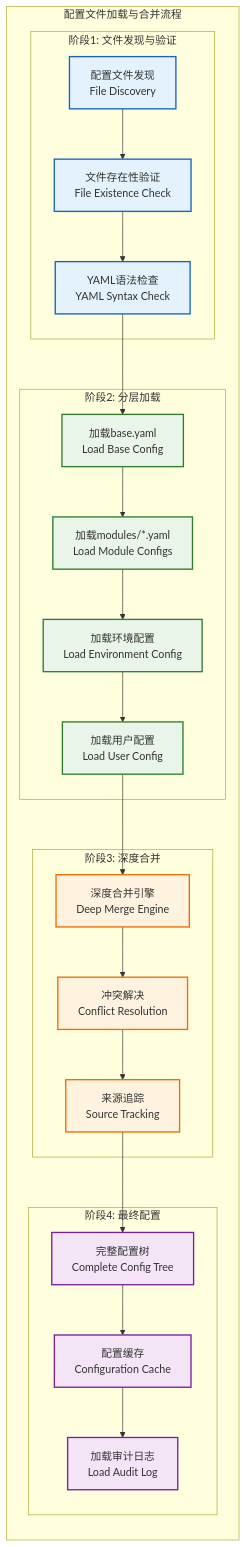
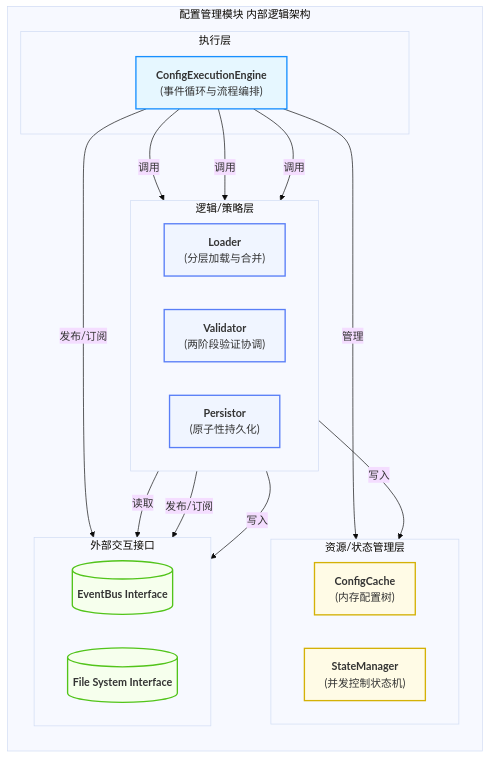
Before and after one commit to wendizhou99-cell/Radar: the second of 8 diagrams in docs/01_项目设计/02_模块设计/06_配置管理模块设计.md, drawn with Mermaid. The commit also changed other lines of this file and 26 other files, not shown here.

First line of the commit message:
docs: 完成数据架构文档系列重构和Mermaid可视化指南增强

````diff
--- a/docs/01_项目设计/02_模块设计/06_配置管理模块设计.md
+++ b/docs/01_项目设计/02_模块设计/06_配置管理模块设计.md
@@ -255,58 +107,66 @@
 ```mermaid
-flowchart TB
-    subgraph "配置文件加载与合并流程"
+---
+  config:
+    theme: base
+    flowchart:
+      curve: basis
+---
+graph TD
+    %% --- 图例 (上下文颜色语义) ---
+    %% 执行层 (浅蓝): 模块的核心驱动与事件循环。
+    %% 逻辑/策略层 (淡紫): 实现具体配置管理逻辑的组件。
+    %% 资源/状态管理层 (浅黄): 负责配置数据的存储与状态管理。
+    %% 外部交互 (浅绿): 与文件系统和事件总线的接口。
+
+    subgraph "配置管理模块 内部逻辑架构"
         direction TB
 
-        subgraph "阶段1: 文件发现与验证"
-            DISCOVER[配置文件发现<br/>File Discovery]
-            VALIDATE_FILES[文件存在性验证<br/>File Existence Check]
-            SYNTAX_CHECK[YAML语法检查<br/>YAML Syntax Check]
+        subgraph "执行层"
+            EXEC_ENGINE["<b>ConfigExecutionEngine</b><br/>(事件循环与流程编排)"]
         end
 
-        subgraph "阶段2: 分层加载"
-            LOAD_BASE[加载base.yaml<br/>Load Base Config]
-            LOAD_MODULES[加载modules/*.yaml<br/>Load Module Configs]
-            LOAD_ENV[加载环境配置<br/>Load Environment Config]
-            LOAD_USER[加载用户配置<br/>Load User Config]
+        subgraph "逻辑/策略层"
+            direction LR
+            LOADER["<b>Loader</b><br/>(分层加载与合并)"]
+            VALIDATOR["<b>Validator</b><br/>(两阶段验证协调)"]
+            PERSISTOR["<b>Persistor</b><br/>(原子性持久化)"]
         end
 
-        subgraph "阶段3: 深度合并"
-            MERGE_ENGINE[深度合并引擎<br/>Deep Merge Engine]
-            CONFLICT_RESOLUTION[冲突解决<br/>Conflict Resolution]
-            SOURCE_TRACKING[来源追踪<br/>Source Tracking]
+        subgraph "资源/状态管理层"
+            direction LR
+            CACHE["<b>ConfigCache</b><br/>(内存配置树)"]
+            STATE_MACHINE["<b>StateManager</b><br/>(并发控制状态机)"]
         end
 
-        subgraph "阶段4: 最终配置"
-            CONFIG_TREE[完整配置树<br/>Complete Config Tree]
-            CONFIG_CACHE[配置缓存<br/>Configuration Cache]
-            AUDIT_LOG[加载审计日志<br/>Load Audit Log]
+        subgraph "外部交互接口"
+            direction LR
+            EVENT_BUS[("<b>EventBus Interface</b>")]
+            FILESYSTEM[("<b>File System Interface</b>")]
         end
-
-        %% 流程连接
-        DISCOVER --> VALIDATE_FILES
-        VALIDATE_FILES --> SYNTAX_CHECK
-        SYNTAX_CHECK --> LOAD_BASE
-
-        LOAD_BASE --> LOAD_MODULES
-        LOAD_MODULES --> LOAD_ENV
-        LOAD_ENV --> LOAD_USER
-
-        LOAD_USER --> MERGE_ENGINE
-        MERGE_ENGINE --> CONFLICT_RESOLUTION
-        CONFLICT_RESOLUTION --> SOURCE_TRACKING
-
-        SOURCE_TRACKING --> CONFIG_TREE
-        CONFIG_TREE --> CONFIG_CACHE
-        CONFIG_CACHE --> AUDIT_LOG
     end
 
-    classDef discover fill:#e3f2fd,stroke:#1565c0,stroke-width:2px
-    classDef load fill:#e8f5e8,stroke:#2e7d32,stroke-width:2px
-    classDef merge fill:#fff3e0,stroke:#ef6c00,stroke-width:2px
-    classDef final fill:#f3e5f5,stroke:#7b1fa2,stroke-width:2px
+    %% --- 关系定义 ---
+    EXEC_ENGINE -- "调用" --> LOADER & VALIDATOR & PERSISTOR
+    EXEC_ENGINE -- "管理" --> STATE_MACHINE
 
-    class DISCOVER,VALIDATE_FILES,SYNTAX_CHECK discover
-    class LOAD_BASE,LOAD_MODULES,LOAD_ENV,LOAD_USER load
-    class MERGE_ENGINE,CONFLICT_RESOLUTION,SOURCE_TRACKING merge
-    class CONFIG_TREE,CONFIG_CACHE,AUDIT_LOG final
+    LOADER -- "读取" --> FILESYSTEM
+    LOADER -- "写入" --> CACHE
+
+    VALIDATOR -- "发布/订阅" --> EVENT_BUS
+
+    PERSISTOR -- "写入" --> FILESYSTEM
+
+    EXEC_ENGINE -- "发布/订阅" --> EVENT_BUS
+
+    %% --- 标准 classDef 模板 ---
+    classDef role_A fill:#e6f7ff,stroke:#1890ff,stroke-width:2px
+    classDef role_D fill:#f0f5ff,stroke:#597ef7,stroke-width:2px
+    classDef role_C fill:#fffbe6,stroke:#d4b106,stroke-width:2px
+    classDef role_B fill:#f6ffed,stroke:#52c41a,stroke-width:2px
+
+    %% --- 样式应用 ---
+    class EXEC_ENGINE role_A
+    class LOADER,VALIDATOR,PERSISTOR role_D
+    class CACHE,STATE_MACHINE role_C
+    class EVENT_BUS,FILESYSTEM role_B
 ```
````
